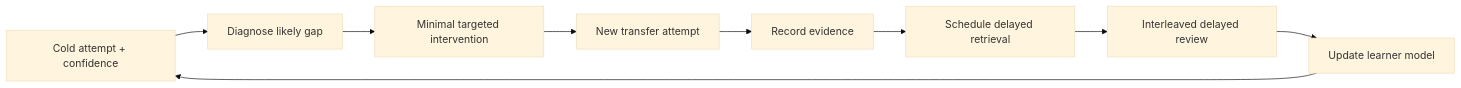
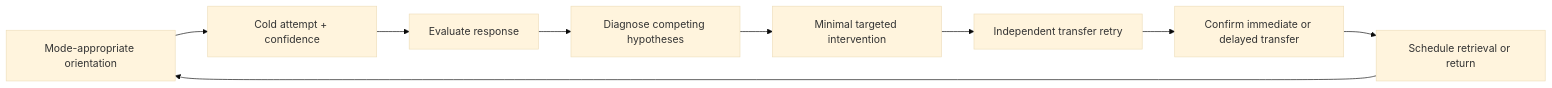
Before and after one commit to david-bloom/Cramapple: the diagram in docs/teaching/TEACHING_AND_PEDAGOGY_DESIGN.md, drawn with Mermaid (base theme). The commit also changed other lines of this file and 13 other files, not shown here.

````diff
--- a/docs/teaching/TEACHING_AND_PEDAGOGY_DESIGN.md
+++ b/docs/teaching/TEACHING_AND_PEDAGOGY_DESIGN.md
@@ -127,14 +127,14 @@
 ```mermaid
 flowchart LR
+    Orient["Mode-appropriate orientation"]
     Attempt["Cold attempt + confidence"]
-    Diagnose["Diagnose likely gap"]
+    Evaluate["Evaluate response"]
+    Diagnose["Diagnose competing hypotheses"]
     Teach["Minimal targeted intervention"]
-    Retry["New transfer attempt"]
-    Record["Record evidence"]
-    Schedule["Schedule delayed retrieval"]
-    Review["Interleaved delayed review"]
-    Update["Update learner model"]
+    Retry["Independent transfer retry"]
+    Confirm["Confirm immediate or delayed transfer"]
+    Schedule["Schedule retrieval or return"]
 
-    Attempt --> Diagnose --> Teach --> Retry --> Record --> Schedule --> Review --> Update
-    Update --> Attempt
+    Orient --> Attempt --> Evaluate --> Diagnose --> Teach --> Retry --> Confirm --> Schedule
+    Schedule --> Orient
 ```
````
